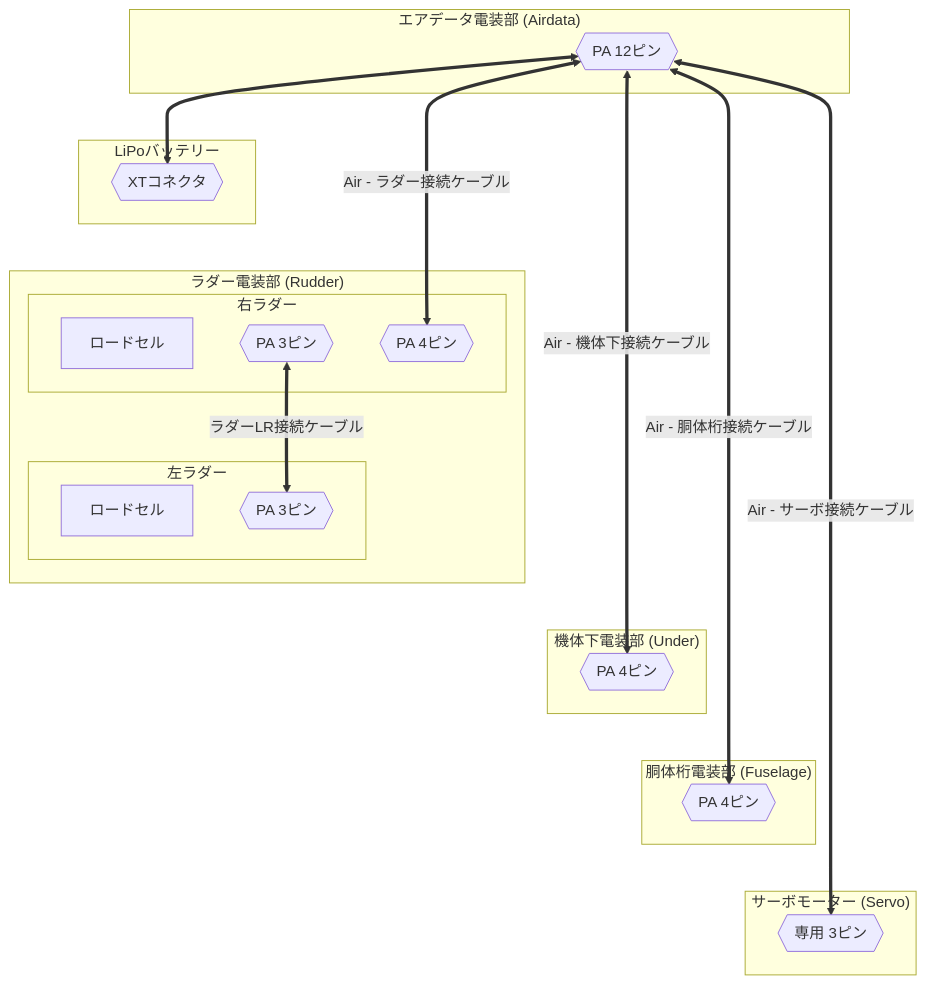
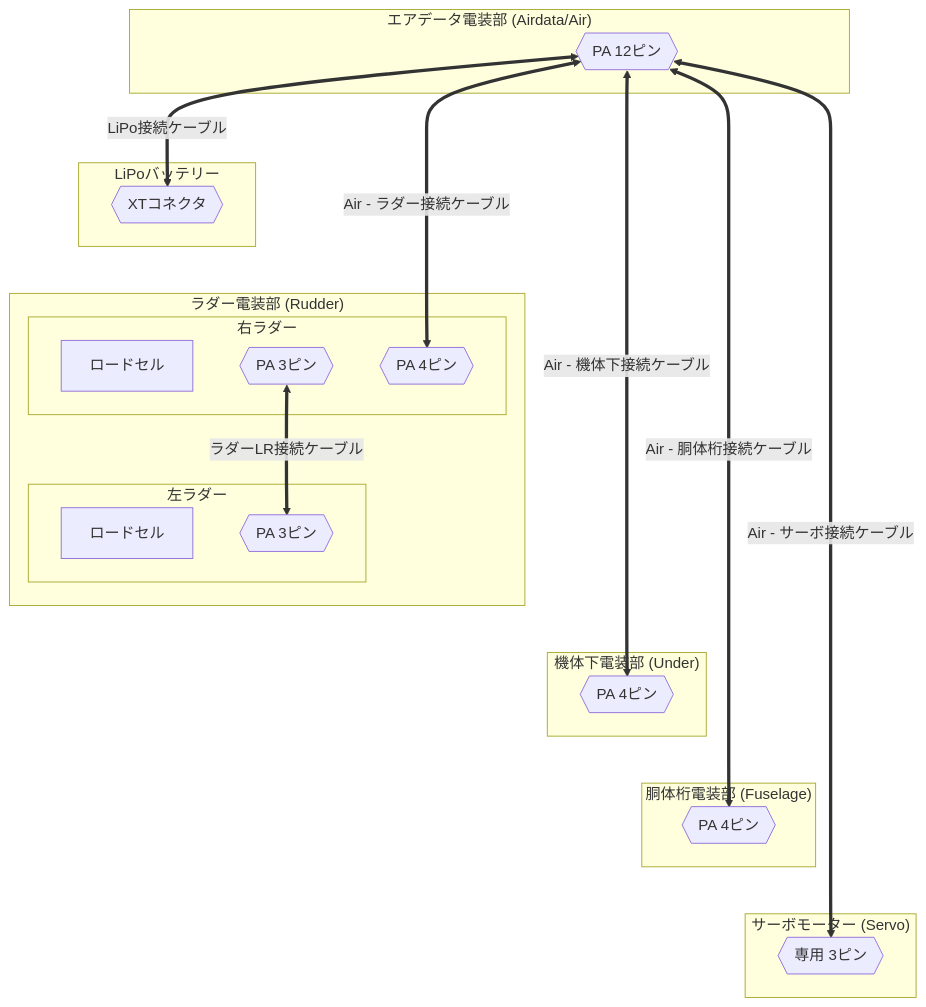
The first of 2 diagrams in docs/work/20260622-2026-avionics.md (torica-org/electronics-blog), drawn with Mermaid before and after one commit. The commit also changed other lines of this file, not shown here.

````diff
--- a/docs/work/20260622-2026-avionics.md
+++ b/docs/work/20260622-2026-avionics.md
@@ -9,45 +17,42 @@
 ```mermaid
 flowchart TD
-    under("機体下電装部 (Under)")
-
-
-    subgraph airdata["エアデータ電装部 (Airdata)"]
+    subgraph airdata["エアデータ電装部 (Airdata/Air)"]
         12{{PA 12ピン}}
     end
 
     subgraph lipo["LiPoバッテリー"]
         XT{{XTコネクタ}}
     end
 
     subgraph rudder["ラダー電装部 (Rudder)"]
         subgraph L[左ラダー]
             loadcellL[ロードセル]
             L3{{PA 3ピン}}
         end
         subgraph R[右ラダー]
             loadcellR[ロードセル]
             R3{{PA 3ピン}}
             R4{{PA 4ピン}}
         end
         R3 <==>|"ラダーLR接続ケーブル"| L3
     end
 
     subgraph under["機体下電装部 (Under)"]
         under4{{PA 4ピン}}
     end
 
     subgraph fuselage["胴体桁電装部 (Fuselage)"]
         fuselage4{{PA 4ピン}}
     end
 
     subgraph servo["サーボモーター (Servo)"]
         servo3{{専用 3ピン}}
     end
 
-    12 <==> XT
+    12 <==>|LiPo接続ケーブル| XT
     12 <===>|"Air - ラダー接続ケーブル"| R4
     12 <=====>|"Air - 機体下接続ケーブル"| under4
     12 <======>|"Air - 胴体桁接続ケーブル"| fuselage4
     12 <=======>|"Air - サーボ接続ケーブル"| servo3
 
 ```
````
